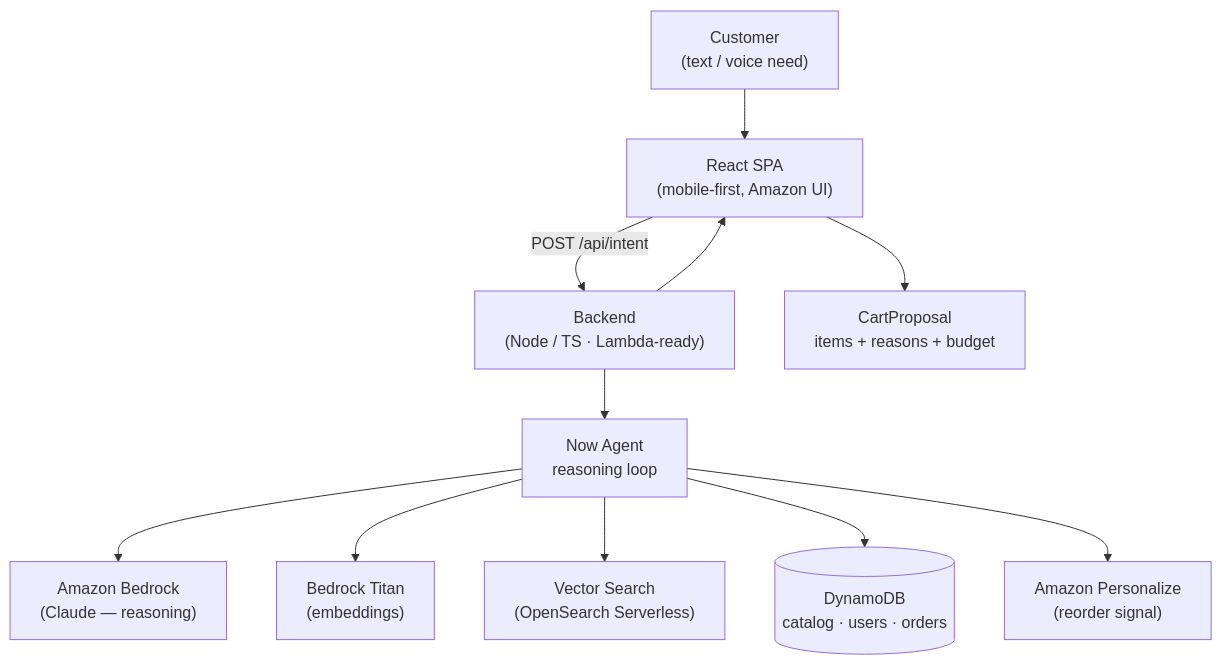
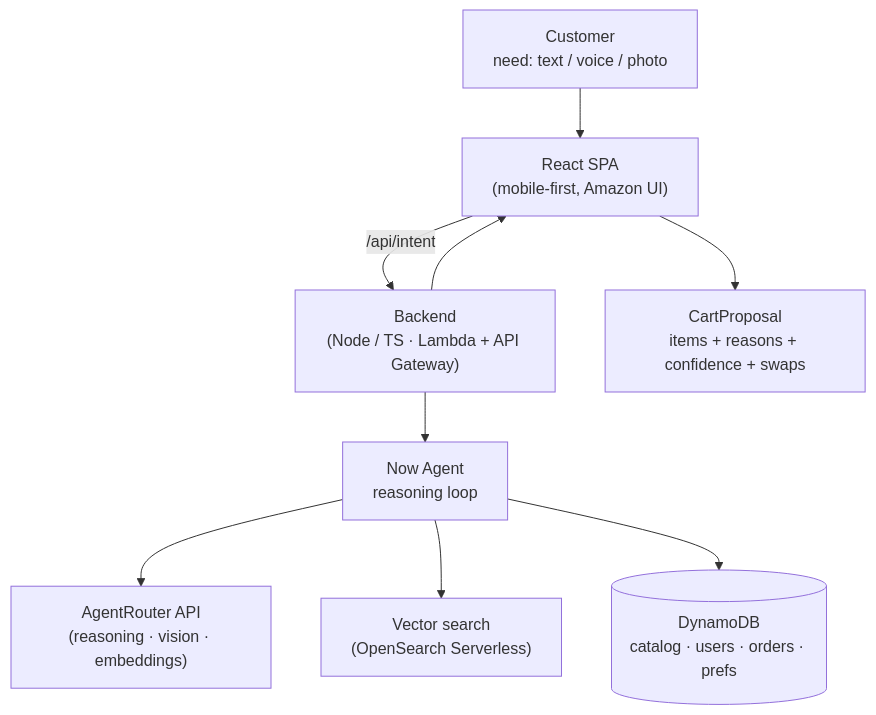
The diagram in README.md (itsvishalyadav/AmazonNow), drawn with Mermaid before and after one commit. The commit also changed other lines of this file and 1 other file, not shown here.

Commit message:
added agent.md and readme

````diff
--- a/README.md
+++ b/README.md
@@ -55,13 +54,11 @@
 ```mermaid
 flowchart TD
-    U["Customer<br/>(text / voice need)"] --> FE["React SPA<br/>(mobile-first, Amazon UI)"]
-    FE -->|"POST /api/intent"| BE["Backend<br/>(Node / TS · Lambda-ready)"]
+    U["Customer<br/>need: text / voice / photo"] --> FE["React SPA<br/>(mobile-first, Amazon UI)"]
+    FE -->|"/api/intent"| BE["Backend<br/>(Node / TS · Lambda + API Gateway)"]
     BE --> AGENT["Now Agent<br/>reasoning loop"]
-    AGENT --> BR["Amazon Bedrock<br/>(Claude — reasoning)"]
-    AGENT --> EMB["Bedrock Titan<br/>(embeddings)"]
-    AGENT --> VEC["Vector Search<br/>(OpenSearch Serverless)"]
-    AGENT --> DB[("DynamoDB<br/>catalog · users · orders")]
-    AGENT --> PER["Amazon Personalize<br/>(reorder signal)"]
+    AGENT --> AR["AgentRouter API<br/>(reasoning · vision · embeddings)"]
+    AGENT --> VEC["Vector search<br/>(OpenSearch Serverless)"]
+    AGENT --> DB[("DynamoDB<br/>catalog · users · orders · prefs")]
     BE --> FE
-    FE --> CART["CartProposal<br/>items + reasons + budget"]
+    FE --> CART["CartProposal<br/>items + reasons + confidence + swaps"]
 ```
````
